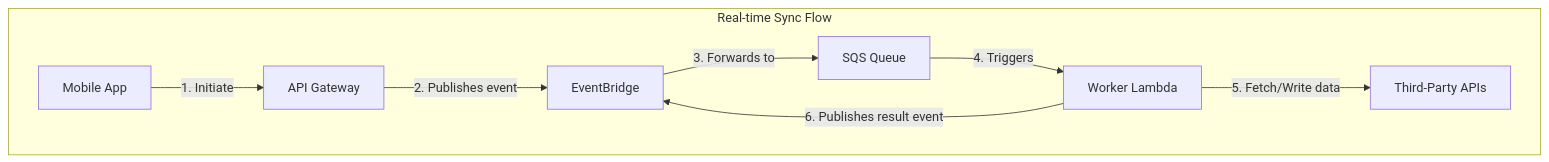
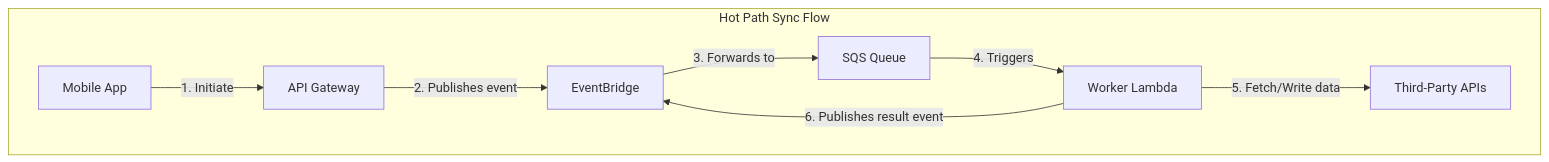
One commit to dino10bit/healthsync changed the fourth of 10 diagrams in 06-technical-architecture.md. Above: the diagram before and after it, drawn with Mermaid. The commit also changed other lines of this file and 7 other files, not shown here.

First line of the commit message:
docs: Address all 104 issues from f-18 architecture review

````diff
--- a/06-technical-architecture.md
+++ b/06-technical-architecture.md
@@ -273,11 +275,11 @@
 ```mermaid
 graph TD
-    subgraph "Real-time Sync Flow"
+    subgraph "Hot Path Sync Flow"
         A[Mobile App] -- 1. Initiate --> B[API Gateway]
         B -- 2. Publishes event --> C[EventBridge]
         C -- 3. Forwards to --> SQS[SQS Queue]
         SQS -- 4. Triggers --> D[Worker Lambda]
         D -- 5. Fetch/Write data --> E[Third-Party APIs]
         D -- 6. Publishes result event --> C
     end
 ```
````
